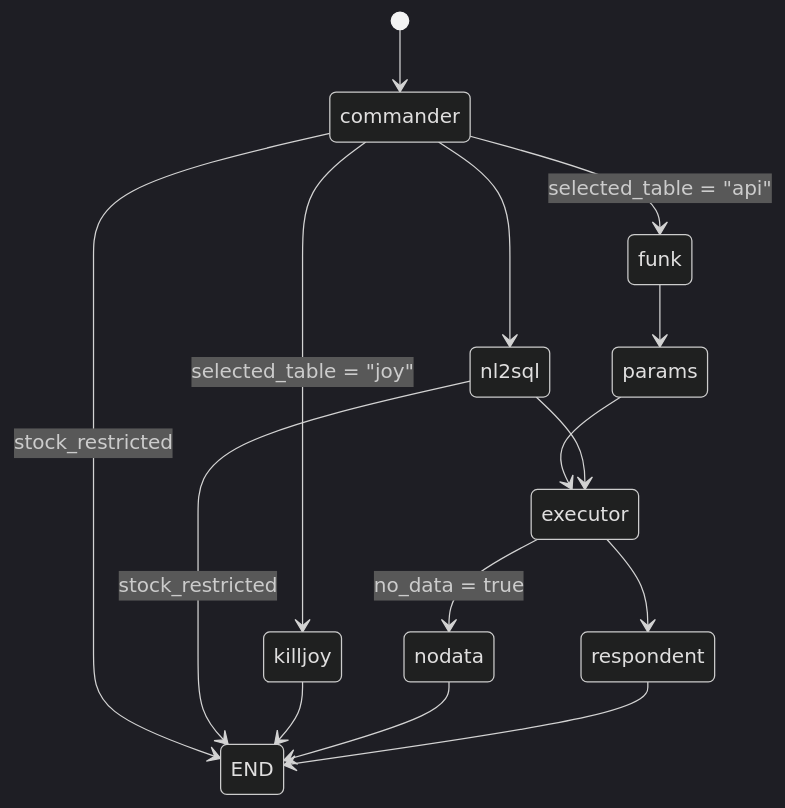
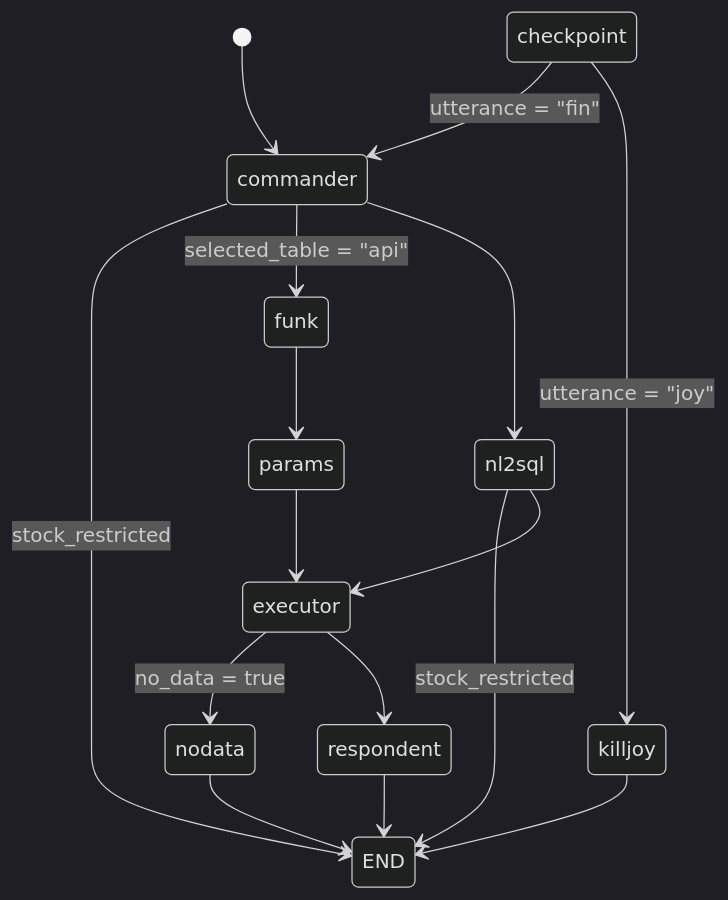
Before and after one commit to kangbw0420/QUVI: the diagram in README.md, drawn with Mermaid (dark theme). The commit also changed 1 other file, not shown here.

Commit message:
viewtable trying33333._was

````diff
--- a/README.md
+++ b/README.md
@@ -7,22 +7,24 @@
 ```mermaid
 stateDiagram-v2
     [*] --> commander
+
+    checkpoint --> commander: utterance = "fin"
+    checkpoint --> killjoy: utterance = "joy"
     
     commander --> END: stock_restricted
     commander --> funk: selected_table = "api"
-    commander --> killjoy: selected_table = "joy"
     commander --> nl2sql
     
     funk --> params
     params --> executor
     
     nl2sql --> END: stock_restricted
     nl2sql --> executor
     
     executor --> nodata: no_data = true
     executor --> respondent
     
     killjoy --> END
     nodata --> END
     respondent --> END
 ```
````
